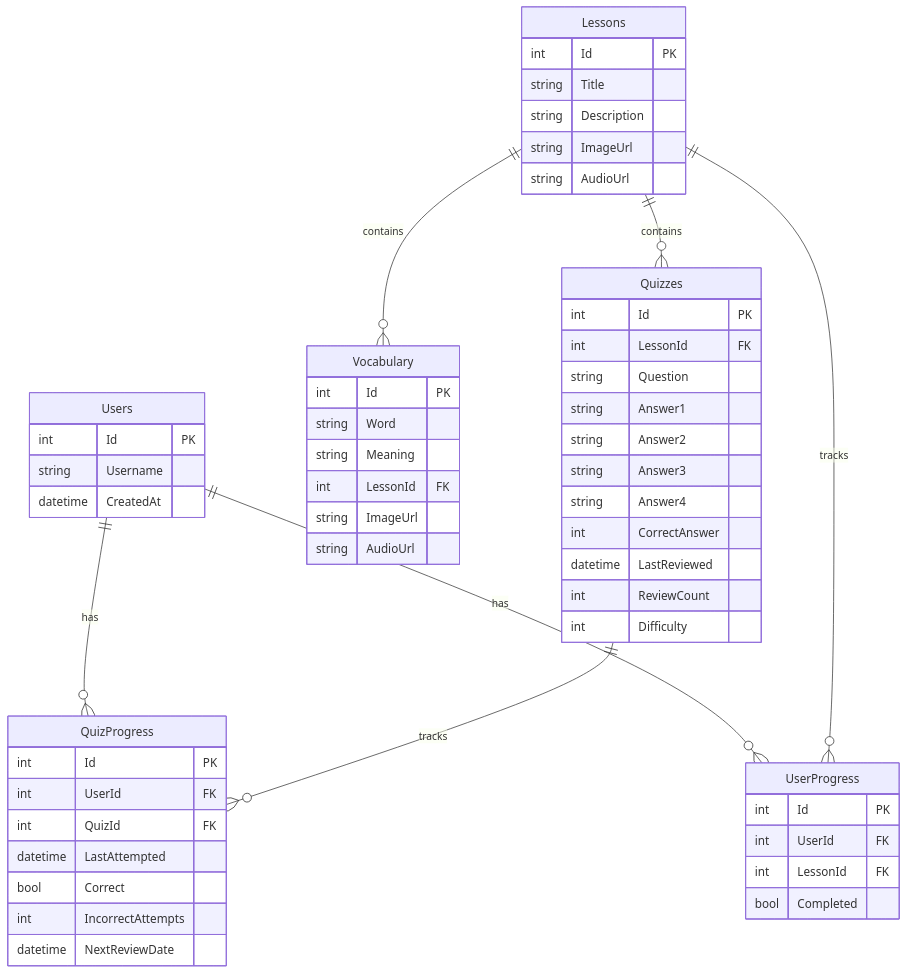
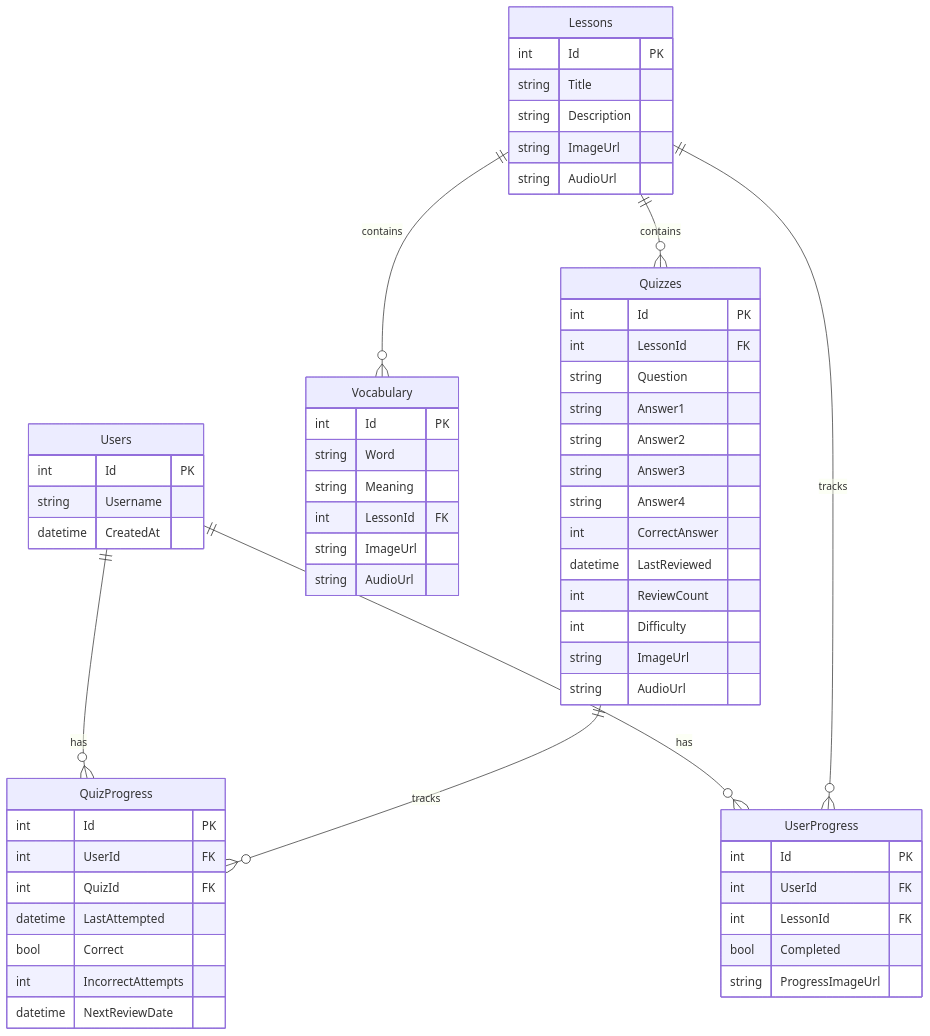
Before and after one commit to lhovius/KumanoKodo: the diagram in docs/database_schema.md, drawn with Mermaid. The commit also changed other lines of this file and 3 other files, not shown here.

````diff
--- a/docs/database_schema.md
+++ b/docs/database_schema.md
@@ -5,63 +5,66 @@
 ```mermaid
 erDiagram
     Users ||--o{ UserProgress : has
     Users ||--o{ QuizProgress : has
     Lessons ||--o{ Vocabulary : contains
     Lessons ||--o{ Quizzes : contains
     Lessons ||--o{ UserProgress : tracks
     Quizzes ||--o{ QuizProgress : tracks
 
     Users {
         int Id PK
         string Username
         datetime CreatedAt
     }
 
     Lessons {
         int Id PK
         string Title
         string Description
         string ImageUrl
         string AudioUrl
     }
 
     Vocabulary {
         int Id PK
         string Word
         string Meaning
         int LessonId FK
         string ImageUrl
         string AudioUrl
     }
 
     UserProgress {
         int Id PK
         int UserId FK
         int LessonId FK
         bool Completed
+        string ProgressImageUrl
     }
 
     Quizzes {
         int Id PK
         int LessonId FK
         string Question
         string Answer1
         string Answer2
         string Answer3
         string Answer4
         int CorrectAnswer
         datetime LastReviewed
         int ReviewCount
         int Difficulty
+        string ImageUrl
+        string AudioUrl
     }
 
     QuizProgress {
         int Id PK
         int UserId FK
         int QuizId FK
         datetime LastAttempted
         bool Correct
         int IncorrectAttempts
         datetime NextReviewDate
     }
 ```
````
